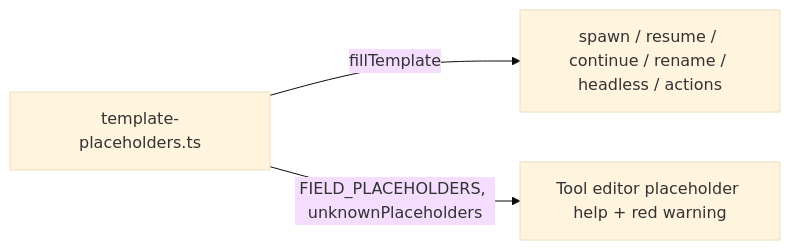
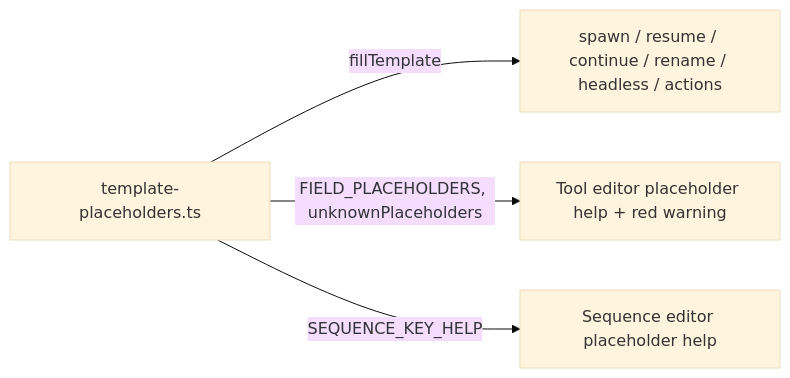
One commit to PetePeter/helm changed the third of 3 diagrams in docs/config-system.md. Above: the diagram before and after it, drawn with Mermaid (base theme). The commit also changed other lines of this file and 5 other files, not shown here.

First line of the commit message:
feat: placeholder help in every sequence editor

````diff
--- a/docs/config-system.md
+++ b/docs/config-system.md
@@ -195,5 +197,6 @@
 ```mermaid
 graph LR
   R[template-placeholders.ts] -->|fillTemplate| S[spawn / resume / continue / rename / headless / actions]
   R -->|FIELD_PLACEHOLDERS, unknownPlaceholders| E[Tool editor placeholder help + red warning]
+  R -->|SEQUENCE_KEY_HELP| P[Sequence editor placeholder help]
 ```
````
